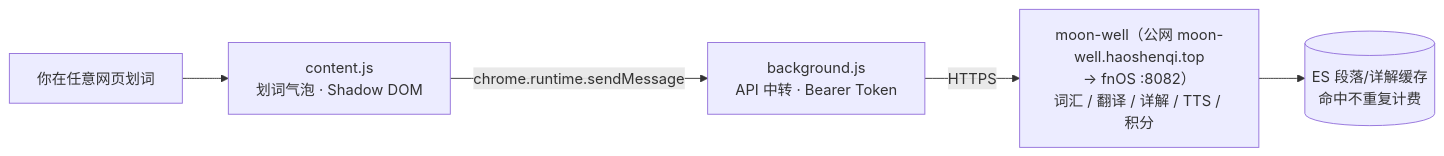
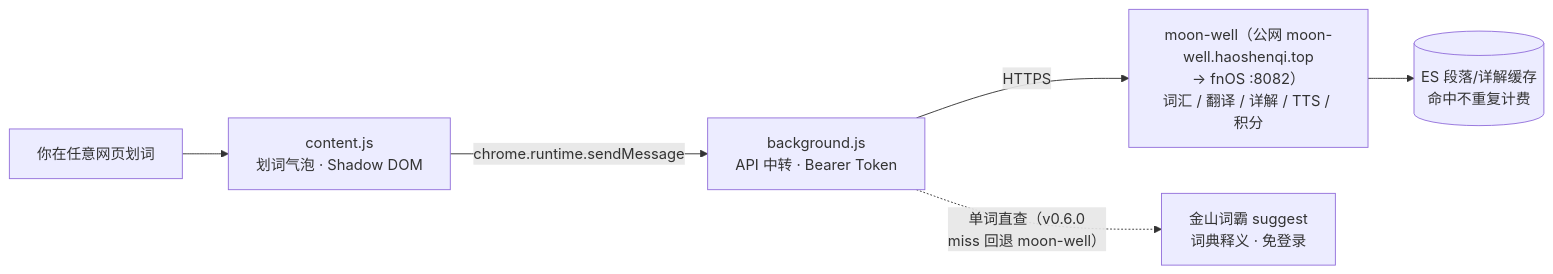
The diagram in README.md (haoshenqi-family/magiclens), drawn with Mermaid before and after one commit. The commit also changed other lines of this file and 14 other files, not shown here.

````diff
--- a/README.md
+++ b/README.md
@@ -11,7 +11,8 @@
 ```mermaid
 flowchart LR
     U[你在任意网页划词] --> CS[content.js<br/>划词气泡 · Shadow DOM]
     CS -->|chrome.runtime.sendMessage| SW[background.js<br/>API 中转 · Bearer Token]
     SW -->|HTTPS| MW["moon-well（公网 moon-well.haoshenqi.top<br/>→ fnOS :8082）<br/>词汇 / 翻译 / 详解 / TTS / 积分"]
     MW --> ES[("ES 段落/详解缓存<br/>命中不重复计费")]
+    SW -.->|"单词直查（v0.6.0<br/>miss 回退 moon-well）"| IC["金山词霸 suggest<br/>词典释义 · 免登录"]
 ```
````
